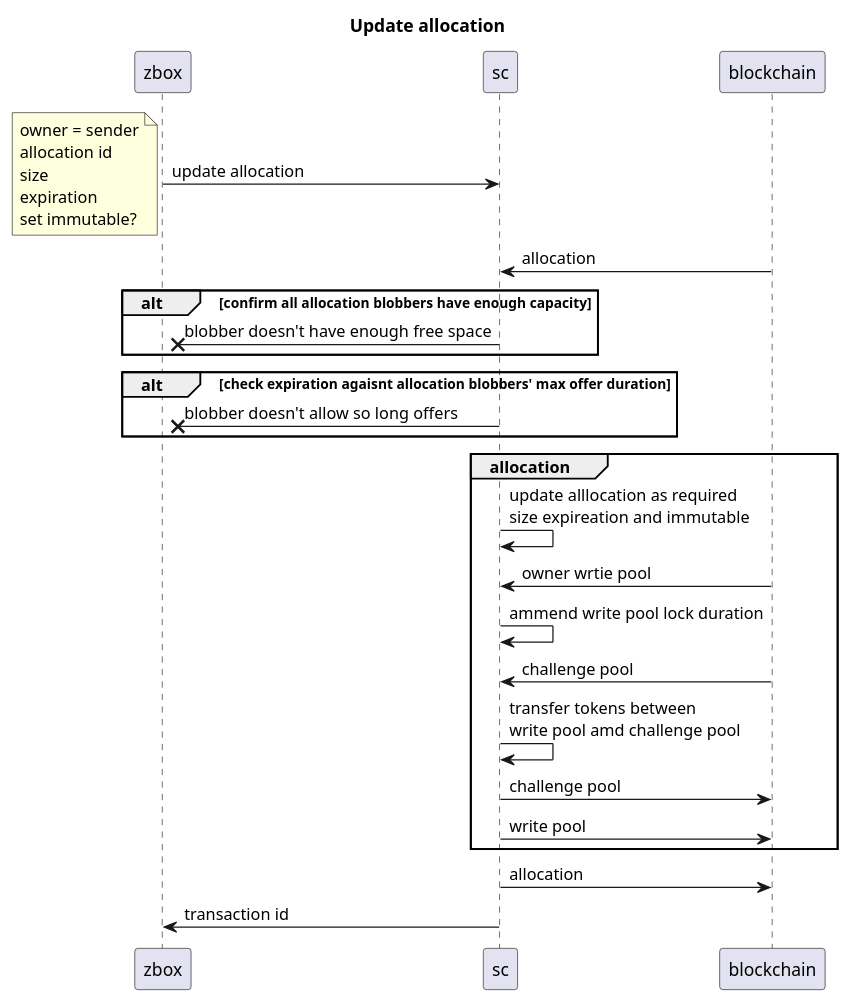
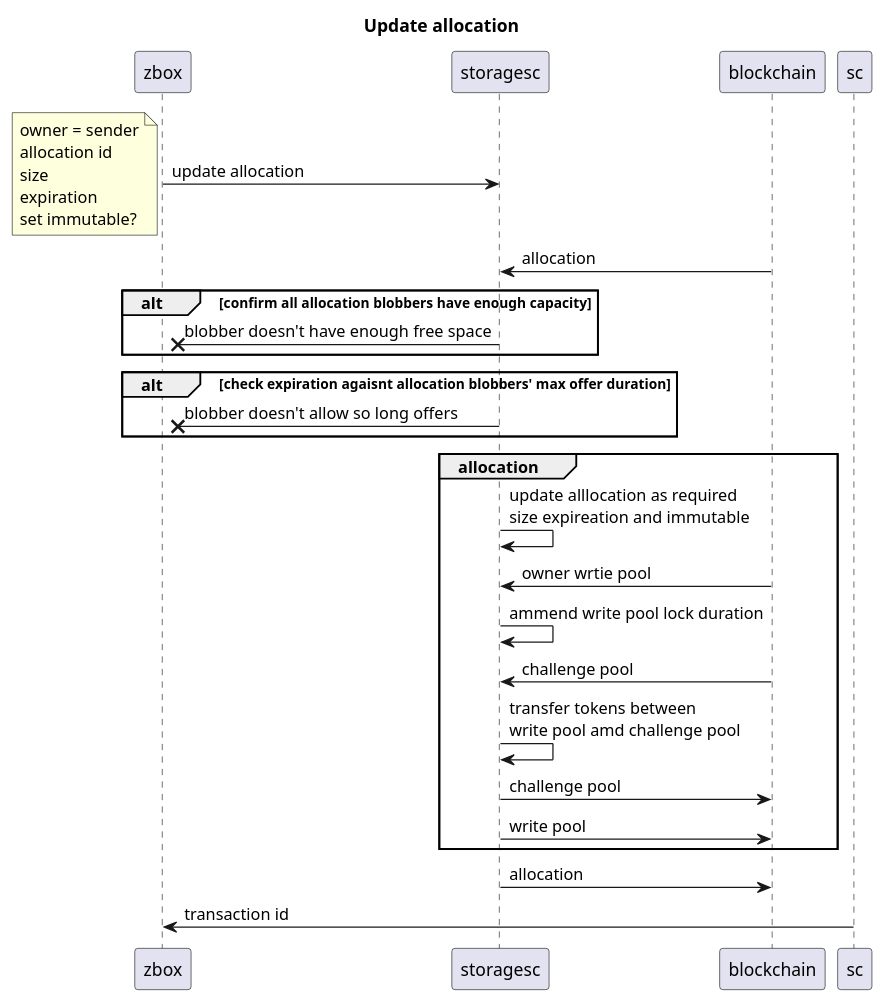
Before and after one commit to 0chain/zboxcli: diagram 25 of 32 in documents/uml.md, drawn with PlantUML. The commit also changed other lines of this file and 1 other file, not shown here.

````diff
--- a/documents/uml.md
+++ b/documents/uml.md
@@ -582,29 +588,29 @@
 ```puml
 title Update allocation
-zbox -> sc : update allocation
+zbox ->storagesc: update allocation
 note left
     owner = sender
     allocation id
     size
     expiration
     set immutable?
 end note
-    blockchain -> sc : allocation
+    blockchain ->storagesc: allocation
     alt confirm all allocation blobbers have enough capacity
-        sc ->x zbox : blobber doesn't have enough free space
+       storagesc->x zbox : blobber doesn't have enough free space
     end
     alt check expiration agaisnt allocation blobbers' max offer duration
-        sc ->x zbox : blobber doesn't allow so long offers
+       storagesc->x zbox : blobber doesn't allow so long offers
     end
     group allocation
-        sc -> sc : update alllocation as required\nsize expireation and immutable
-        blockchain -> sc : owner wrtie pool
-        sc -> sc : ammend write pool lock duration
-        blockchain -> sc : challenge pool
-        sc -> sc : transfer tokens between\nwrite pool amd challenge pool
-        sc -> blockchain : challenge pool
-        sc -> blockchain : write pool
+       storagesc->storagesc: update alllocation as required\nsize expireation and immutable
+        blockchain ->storagesc: owner wrtie pool
+       storagesc->storagesc: ammend write pool lock duration
+        blockchain ->storagesc: challenge pool
+       storagesc->storagesc: transfer tokens between\nwrite pool amd challenge pool
+       storagesc-> blockchain : challenge pool
+       storagesc-> blockchain : write pool
     end
-    sc -> blockchain : allocation
+   storagesc-> blockchain : allocation
 sc -> zbox : transaction id
 ```
````
